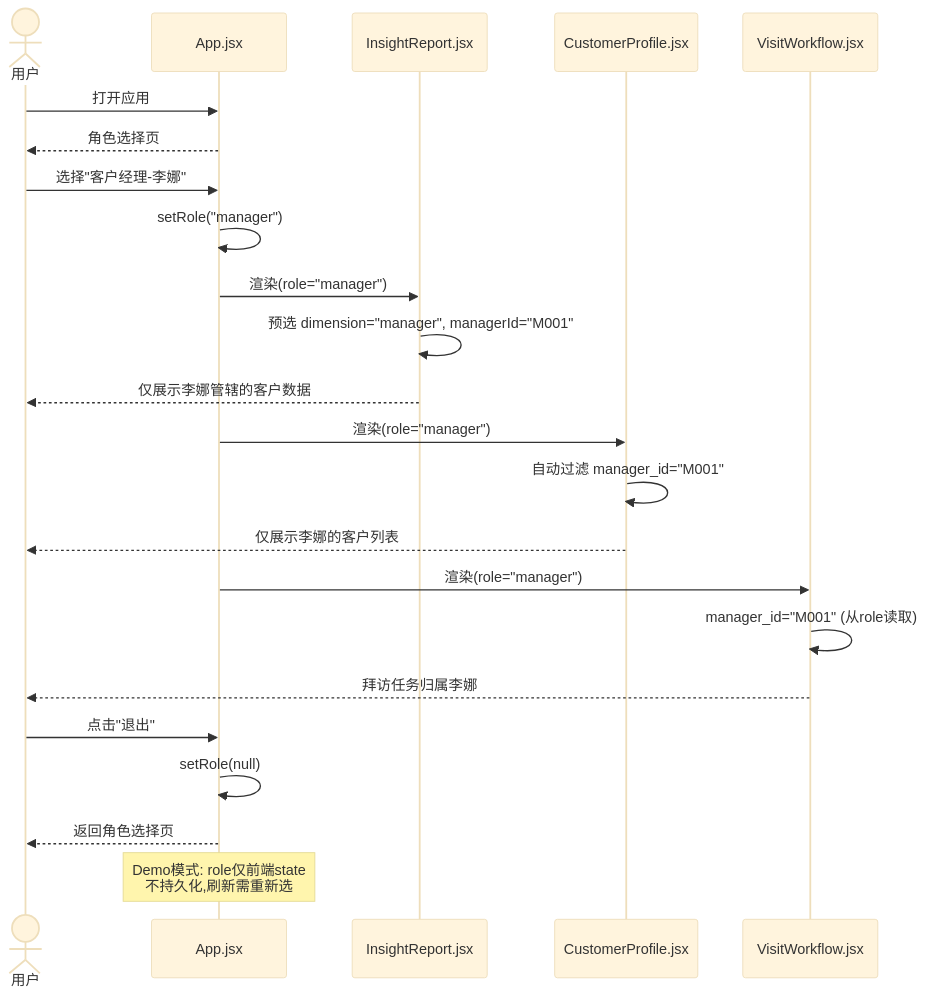
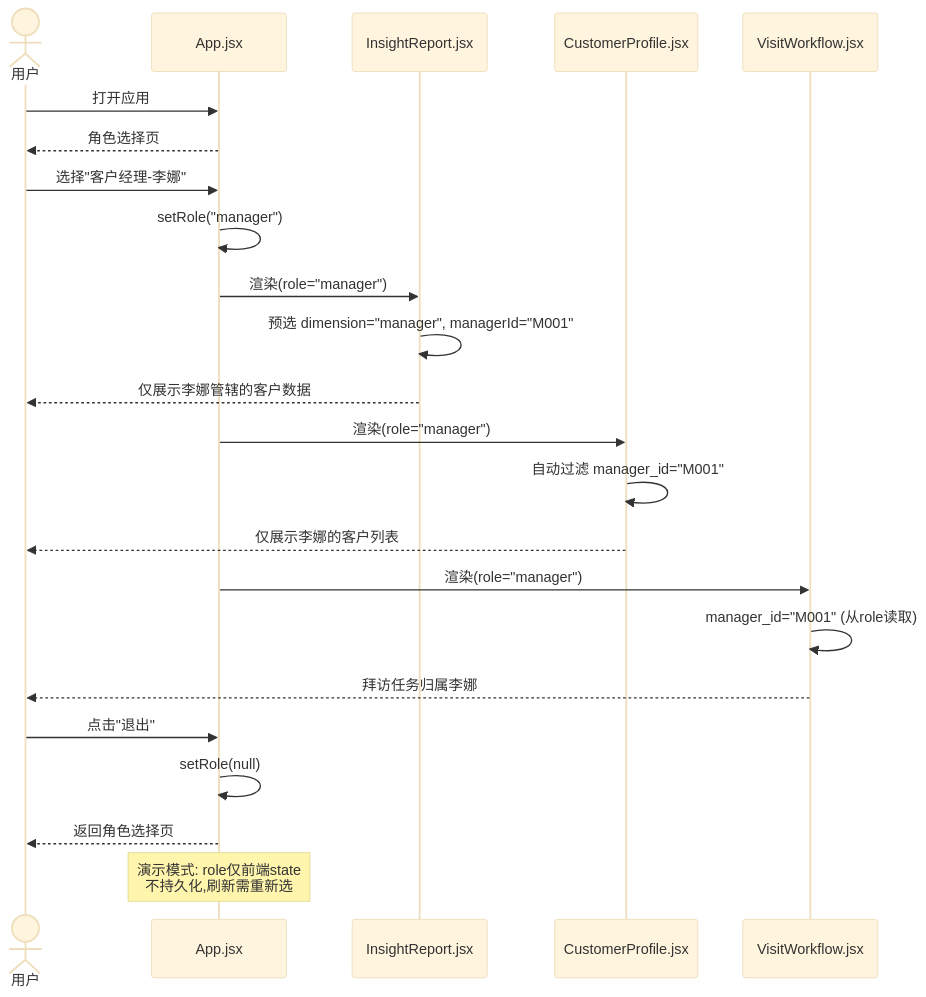
One commit to Hypho/intellibanker changed the eighth of 8 diagrams in docs/SequenceDiagrams.md. Above: the diagram before and after it, drawn with Mermaid (base theme). The commit also changed 9 other files, not shown here.

````diff
--- a/docs/SequenceDiagrams.md
+++ b/docs/SequenceDiagrams.md
@@ -236,32 +236,32 @@
 ```mermaid
 sequenceDiagram
     actor User as 用户
     participant App as App.jsx
     participant IR as InsightReport.jsx
     participant CP as CustomerProfile.jsx
     participant VW as VisitWorkflow.jsx
 
     User->>App: 打开应用
     App-->>User: 角色选择页
 
     User->>App: 选择"客户经理-李娜"
     App->>App: setRole("manager")
 
     App->>IR: 渲染(role="manager")
     IR->>IR: 预选 dimension="manager", managerId="M001"
     IR-->>User: 仅展示李娜管辖的客户数据
 
     App->>CP: 渲染(role="manager")
     CP->>CP: 自动过滤 manager_id="M001"
     CP-->>User: 仅展示李娜的客户列表
 
     App->>VW: 渲染(role="manager")
     VW->>VW: manager_id="M001" (从role读取)
     VW-->>User: 拜访任务归属李娜
 
     User->>App: 点击"退出"
     App->>App: setRole(null)
     App-->>User: 返回角色选择页
 
-    Note over App: Demo模式: role仅前端state<br/>不持久化,刷新需重新选
+    Note over App: 演示模式: role仅前端state<br/>不持久化,刷新需重新选
 ```
````
